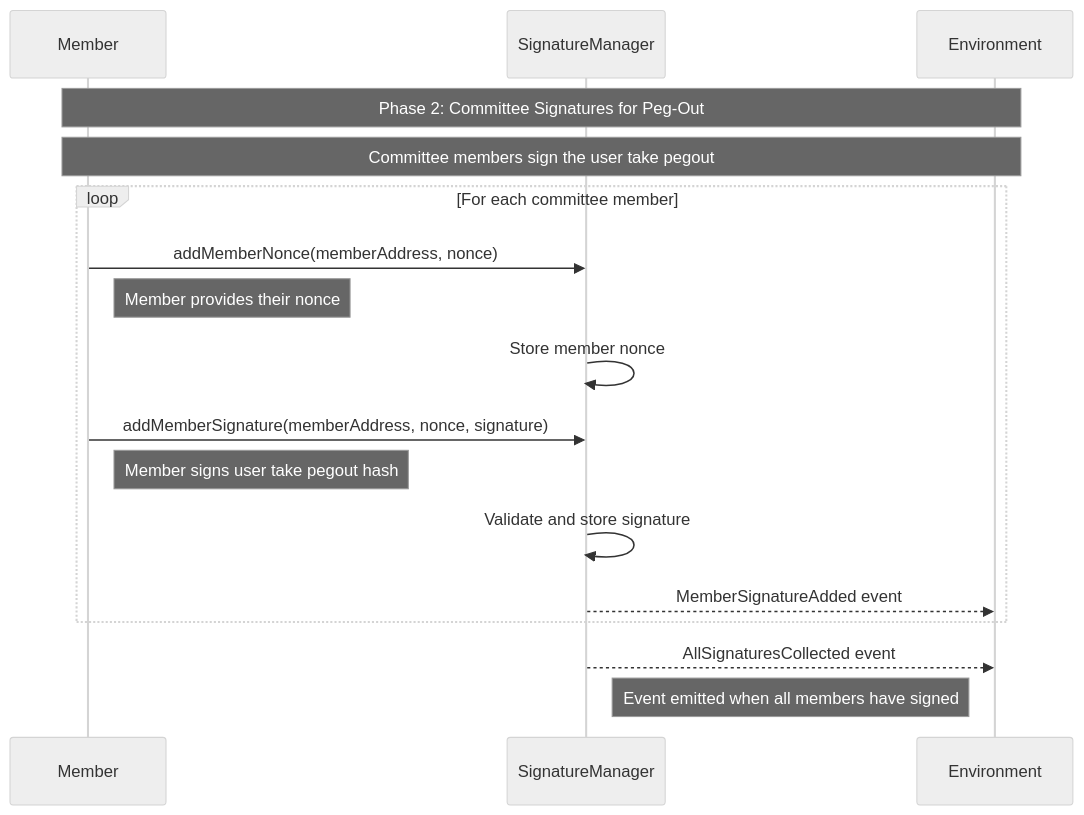
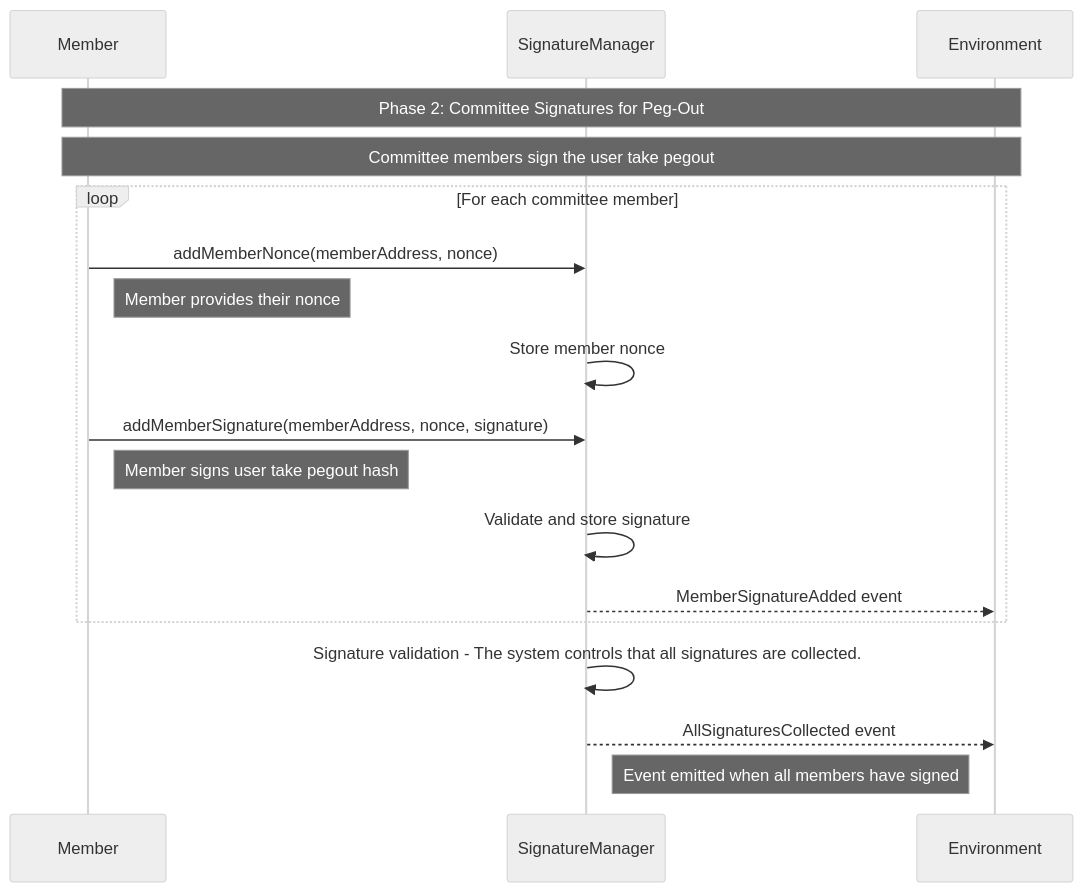
Before and after one commit to rsksmart/union-bridge-contracts: the ninth of 11 diagrams in README.md, drawn with Mermaid (neutral theme). The commit also changed other lines of this file, not shown here.

Commit message:
Documentation improvements: added missing interactions to diagrams, added descriptions to diagrams.

````diff
--- a/README.md
+++ b/README.md
@@ -295,22 +298,23 @@
 ```mermaid
 sequenceDiagram
     participant M as Member
     participant SM as SignatureManager
     participant ENV as Environment
 
     Note over M,ENV: Phase 2: Committee Signatures for Peg-Out
     Note over M,ENV: Committee members sign the user take pegout
 
     loop For each committee member
         M->>SM: addMemberNonce(memberAddress, nonce)
         Note right of M: Member provides their nonce
         SM->>SM: Store member nonce
         M->>SM: addMemberSignature(memberAddress, nonce, signature)
         Note right of M: Member signs user take pegout hash
         SM->>SM: Validate and store signature
         SM-->>ENV: MemberSignatureAdded event
     end
 
+    SM->>SM: Signature validation - The system controls that all signatures are collected.
     SM-->>ENV: AllSignaturesCollected event
     Note right of SM: Event emitted when all members have signed
 ```
````
